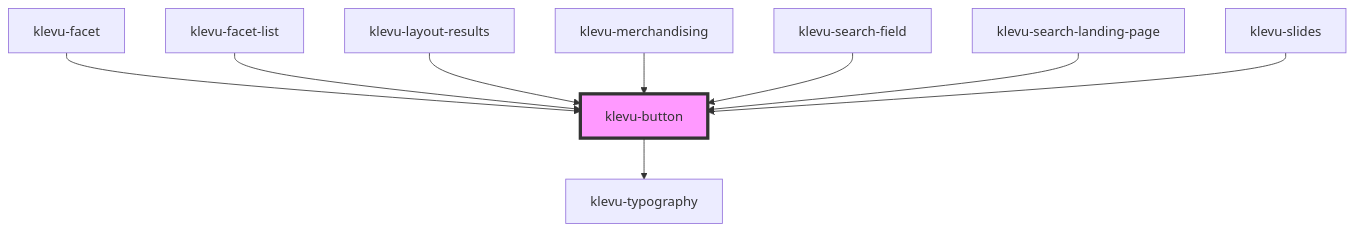
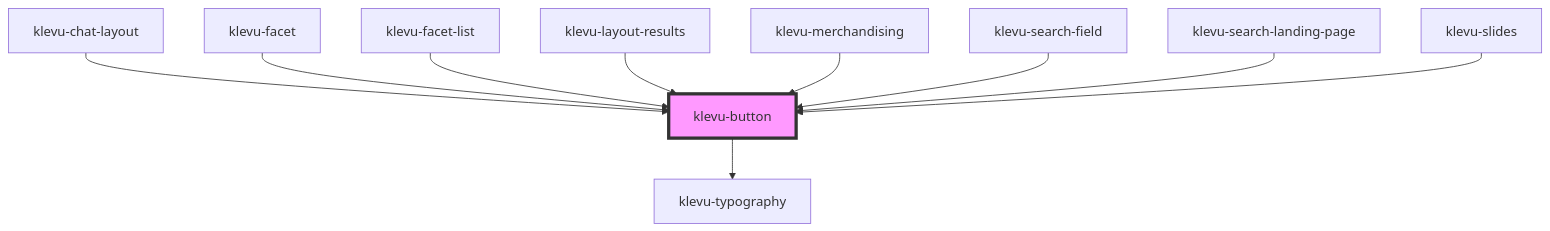
Before and after one commit to klevultd/frontend-sdk: the diagram in packages/klevu-ui/src/components/klevu-button/readme.md, drawn with Mermaid. The commit also changed other lines of this file and 20 other files, not shown here.

Commit message:
chat bubble and layout components

````diff
--- a/packages/klevu-ui/src/components/klevu-button/readme.md
+++ b/packages/klevu-ui/src/components/klevu-button/readme.md
@@ -52,12 +53,13 @@
 ```mermaid
 graph TD;
   klevu-button --> klevu-typography
+  klevu-chat-layout --> klevu-button
   klevu-facet --> klevu-button
   klevu-facet-list --> klevu-button
   klevu-layout-results --> klevu-button
   klevu-merchandising --> klevu-button
   klevu-search-field --> klevu-button
   klevu-search-landing-page --> klevu-button
   klevu-slides --> klevu-button
   style klevu-button fill:#f9f,stroke:#333,stroke-width:4px
 ```
````
